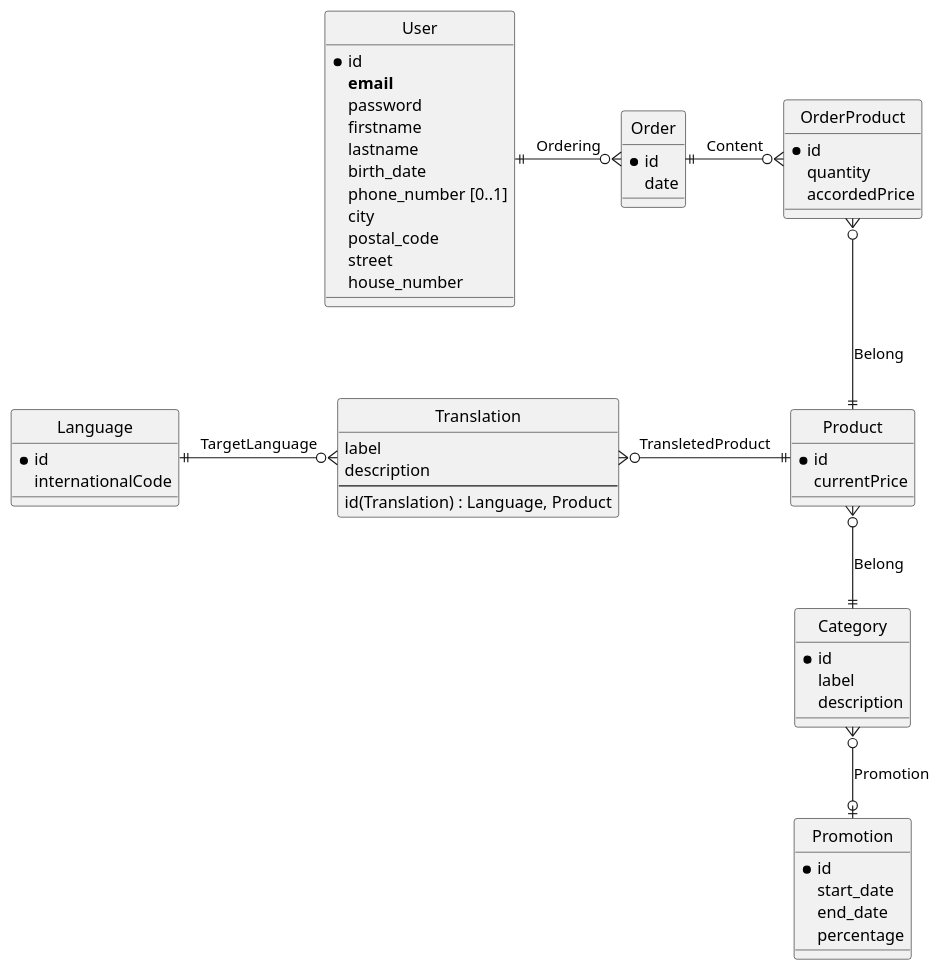
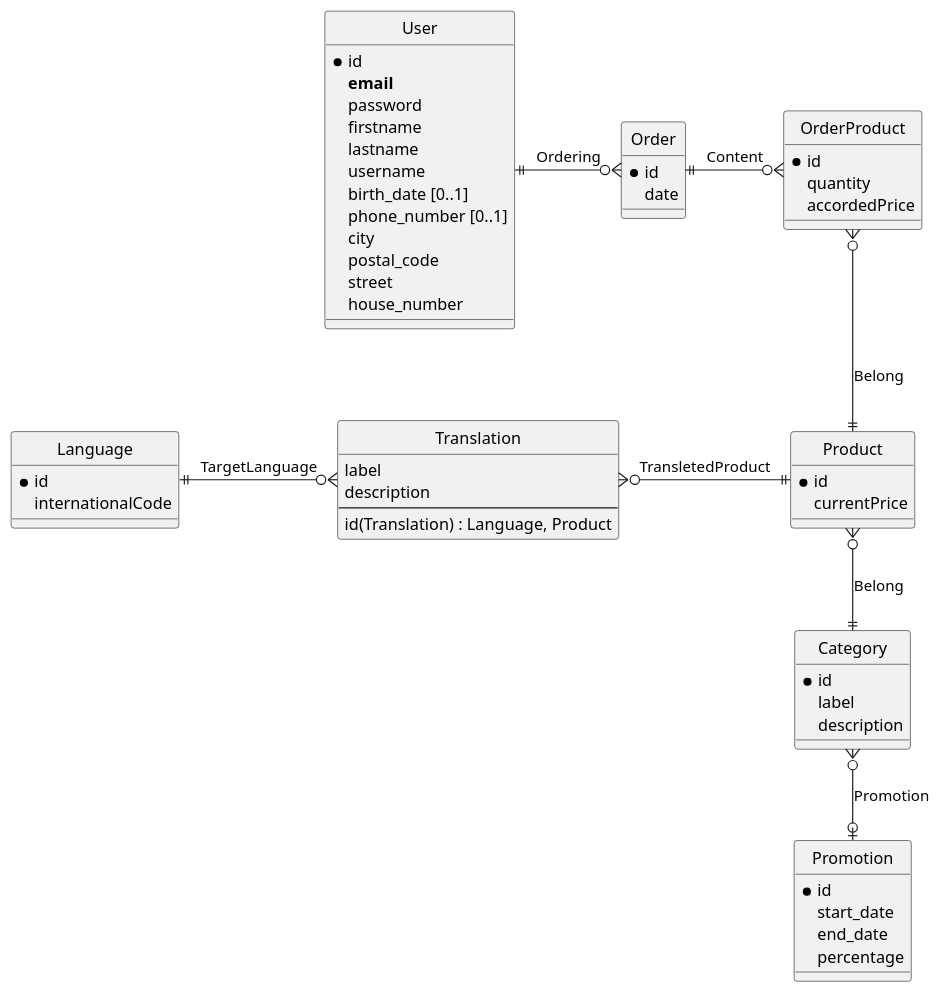
One commit to ThibBer/SportProducts changed the diagram in schema/entityRelation.puml. Above: the diagram before and after it, drawn with PlantUML. The commit also changed 11 other files, not shown here.

```diff
--- a/schema/entityRelation.puml
+++ b/schema/entityRelation.puml
@@ -1,68 +1,69 @@
 @startuml
 hide circle
 
 entity User {
     * id
     **email**
     password
     firstname
     lastname
-    birth_date
+    username
+    birth_date [0..1]
     phone_number [0..1]
     city
     postal_code
     street
     house_number
 }
 
 entity Category {
     * id
     label
     description
 }
 
 entity Product  {
     * id
     currentPrice
 }
 
 entity Order {
     *id
     date
 }
 
 entity OrderProduct {
     *id
     quantity
     accordedPrice
 }
 
 entity Translation {
     label
     description
     ---
     id(Translation) : Language, Product
 }
 
 entity Language {
     *id
     internationalCode
 }
 
 entity Promotion {
     *id
     start_date
     end_date
     percentage
 }
 
 Order ||-right-o{ OrderProduct : Content
 User ||-right-o{ Order : Ordering
 Category ||-up-o{ Product : Belong
 OrderProduct }o--|| Product : Belong
 
 Category }o--o| Promotion : Promotion
 
 Product ||-left-o{ Translation : TransletedProduct
 Translation }o-left-|| Language : TargetLanguage
 @enduml
```
